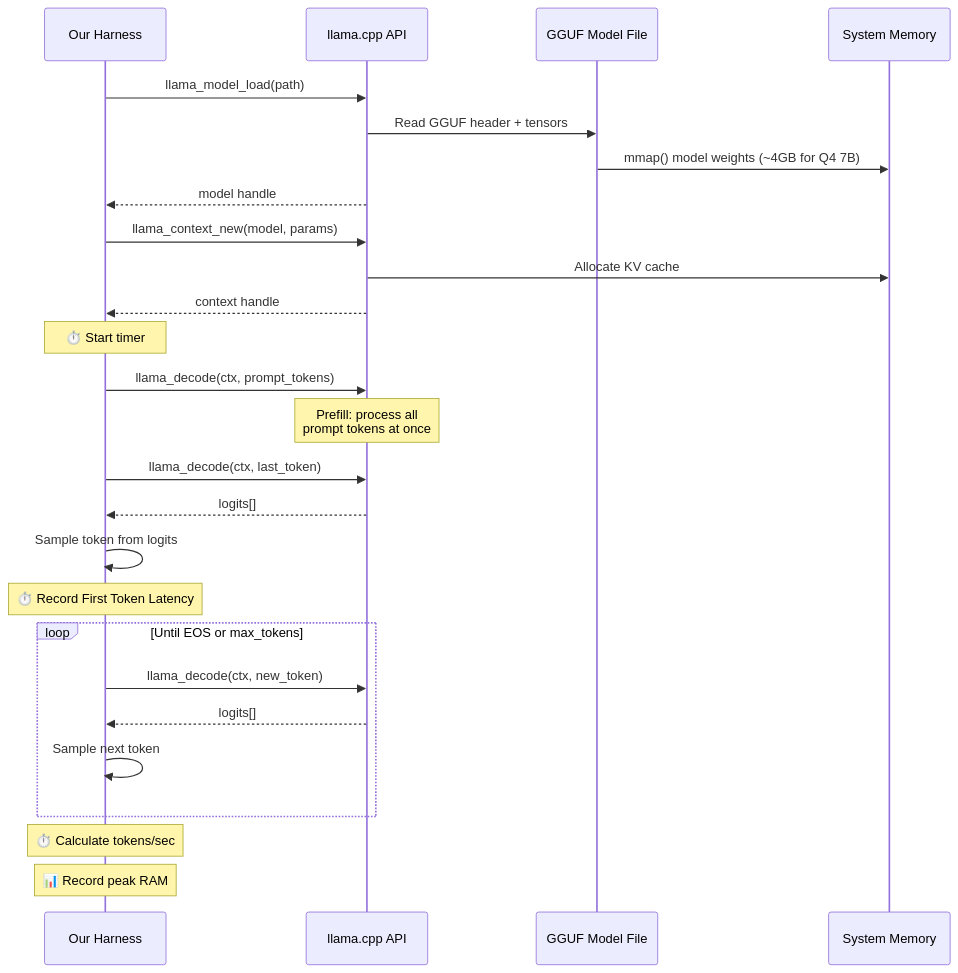
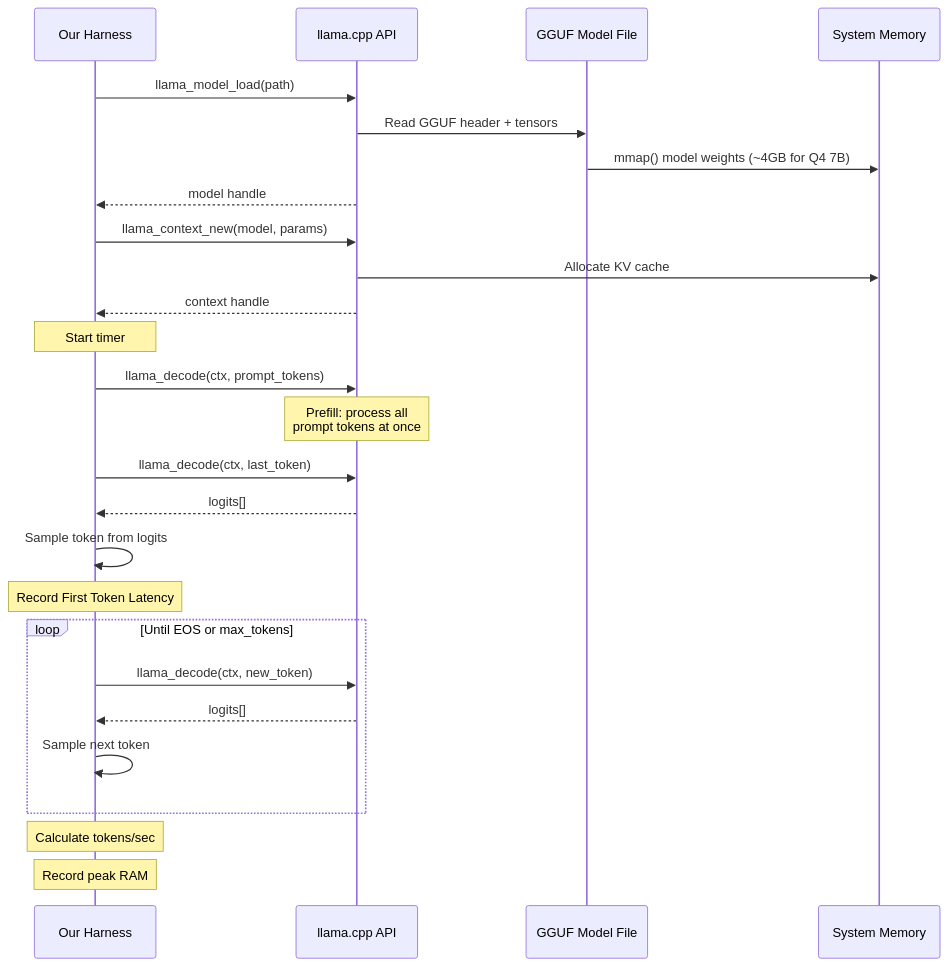
One commit to ch09/Low_Latency_Inference_optimization_LLM-LL_LLM- changed the eighth of 25 diagrams in docs/project_documentation.md. Above: the diagram before and after it, drawn with Mermaid. The commit also changed other lines of this file and 1 other file, not shown here.

````diff
--- a/docs/project_documentation.md
+++ b/docs/project_documentation.md
@@ -311,36 +311,36 @@
 ```mermaid
 sequenceDiagram
     participant CLI as Our Harness
     participant LLAMA as llama.cpp API
     participant MODEL as GGUF Model File
     participant MEM as System Memory
 
     CLI->>LLAMA: llama_model_load(path)
     LLAMA->>MODEL: Read GGUF header + tensors
     MODEL->>MEM: mmap() model weights (~4GB for Q4 7B)
     LLAMA-->>CLI: model handle
 
     CLI->>LLAMA: llama_context_new(model, params)
     LLAMA->>MEM: Allocate KV cache
     LLAMA-->>CLI: context handle
 
-    Note over CLI: ⏱️ Start timer
+    Note over CLI: Start timer
 
     CLI->>LLAMA: llama_decode(ctx, prompt_tokens)
     Note over LLAMA: Prefill: process all<br/>prompt tokens at once
 
     CLI->>LLAMA: llama_decode(ctx, last_token)
     LLAMA-->>CLI: logits[]
     CLI->>CLI: Sample token from logits
 
-    Note over CLI: ⏱️ Record First Token Latency
+    Note over CLI: Record First Token Latency
 
     loop Until EOS or max_tokens
         CLI->>LLAMA: llama_decode(ctx, new_token)
         LLAMA-->>CLI: logits[]
         CLI->>CLI: Sample next token
     end
 
-    Note over CLI: ⏱️ Calculate tokens/sec
-    Note over CLI: 📊 Record peak RAM
+    Note over CLI: Calculate tokens/sec
+    Note over CLI: Record peak RAM
 ```
````
